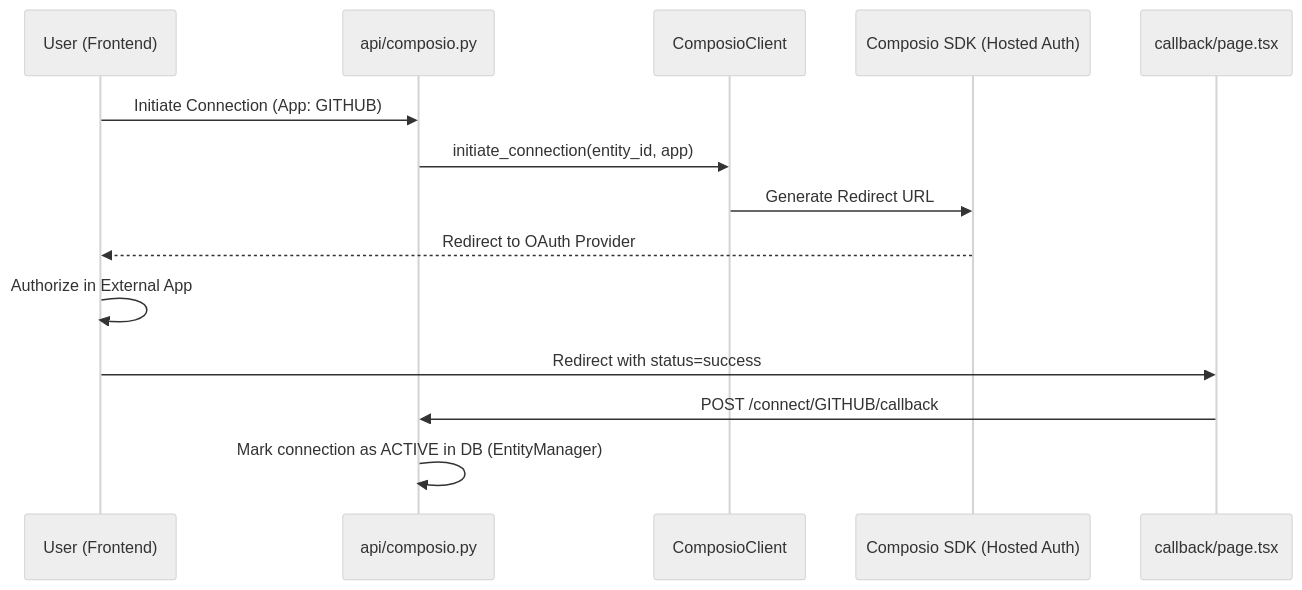
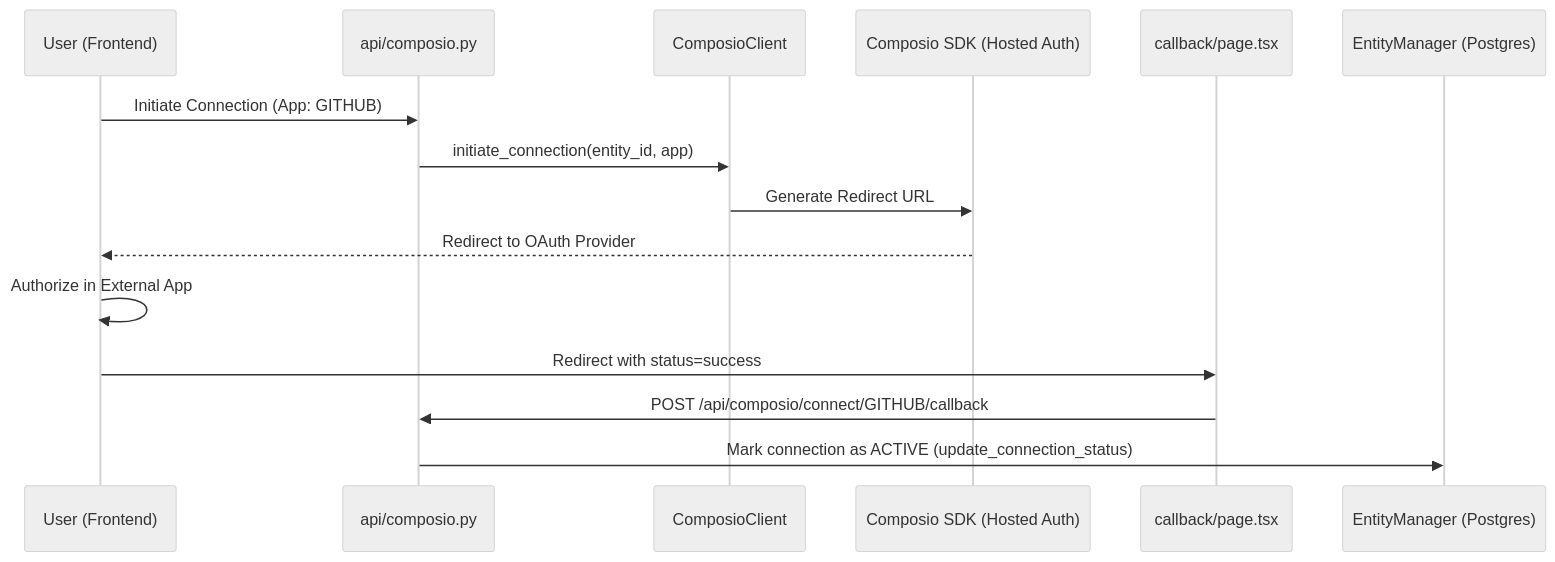
The second of 2 diagrams in docs/tools-integrations/composio-integration.md (AutomatosAI/automatos-ai), drawn with Mermaid (neutral theme) before and after one commit. The commit also changed other lines of this file and 153 other files, not shown here.

````diff
--- a/docs/tools-integrations/composio-integration.md
+++ b/docs/tools-integrations/composio-integration.md
@@ -132,17 +124,18 @@
 ```mermaid
 sequenceDiagram
     participant User as User (Frontend)
     participant API as api/composio.py
     participant Client as ComposioClient
     participant SDK as Composio SDK (Hosted Auth)
     participant Callback as callback/page.tsx
+    participant DB as EntityManager (Postgres)
 
     User->>API: Initiate Connection (App: GITHUB)
     API->>Client: initiate_connection(entity_id, app)
     Client->>SDK: Generate Redirect URL
     SDK-->>User: Redirect to OAuth Provider
     User->>User: Authorize in External App
     User->>Callback: Redirect with status=success
-    Callback->>API: POST /connect/GITHUB/callback
-    API->>API: Mark connection as ACTIVE in DB (EntityManager)
+    Callback->>API: POST /api/composio/connect/GITHUB/callback
+    API->>DB: Mark connection as ACTIVE (update_connection_status)
 ```
````
